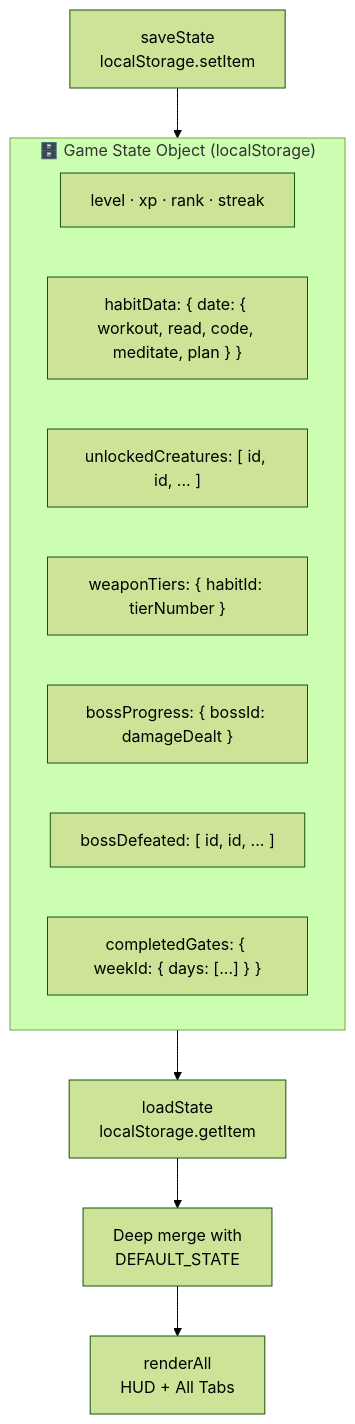
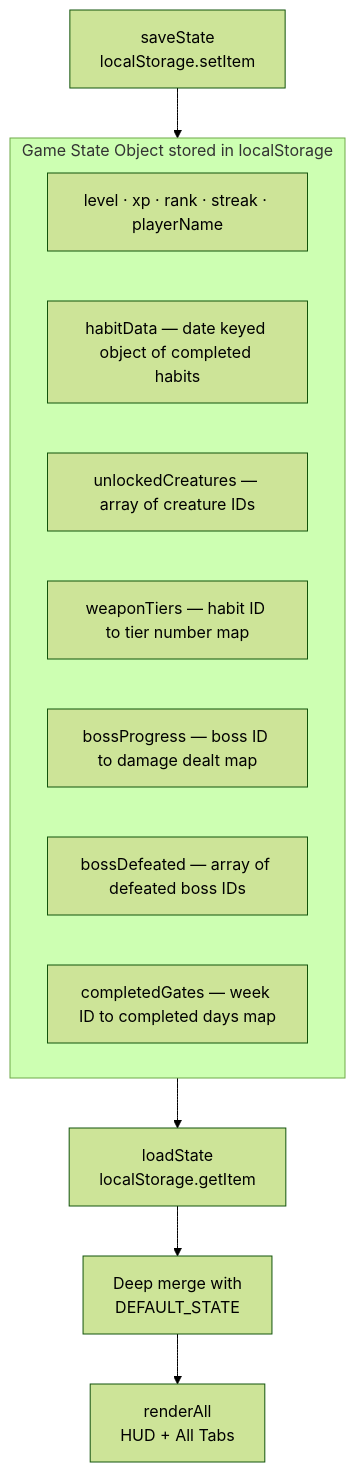
One commit to Jeevan-0508/hakai-protocol-v2 changed the fifth of 5 diagrams in README.md. Above: the diagram before and after it, drawn with Mermaid (forest theme). The commit also changed other lines of this file, not shown here.

Commit message:
Fix Mermaid syntax errors — escape special chars in all 5 flowcharts

````diff
--- a/README.md
+++ b/README.md
@@ -223,17 +266,21 @@
 ```mermaid
 flowchart TD
-    subgraph STATE["🗄️ Game State Object (localStorage)"]
-        S1[level · xp · rank · streak]
-        S2["habitData: { date: { workout, read, code, meditate, plan } }"]
-        S3["unlockedCreatures: [ id, id, ... ]"]
-        S4["weaponTiers: { habitId: tierNumber }"]
-        S5["bossProgress: { bossId: damageDealt }"]
-        S6["bossDefeated: [ id, id, ... ]"]
-        S7["completedGates: { weekId: { days: [...] } }"]
+    subgraph STATE["Game State Object stored in localStorage"]
+        S1["level · xp · rank · streak · playerName"]
+        S2["habitData — date keyed object of completed habits"]
+        S3["unlockedCreatures — array of creature IDs"]
+        S4["weaponTiers — habit ID to tier number map"]
+        S5["bossProgress — boss ID to damage dealt map"]
+        S6["bossDefeated — array of defeated boss IDs"]
+        S7["completedGates — week ID to completed days map"]
     end
 
-    SAVE[saveState\nlocalStorage.setItem] --> STATE
-    STATE --> LOAD[loadState\nlocalStorage.getItem]
-    LOAD --> MERGE[Deep merge with\nDEFAULT_STATE]
-    MERGE --> RENDER[renderAll\nHUD + All Tabs]
+    SAVE["saveState
+localStorage.setItem"] --> STATE
+    STATE --> LOAD["loadState
+localStorage.getItem"]
+    LOAD --> MERGE["Deep merge with
+DEFAULT_STATE"]
+    MERGE --> RENDER["renderAll
+HUD + All Tabs"]
 ```
````
